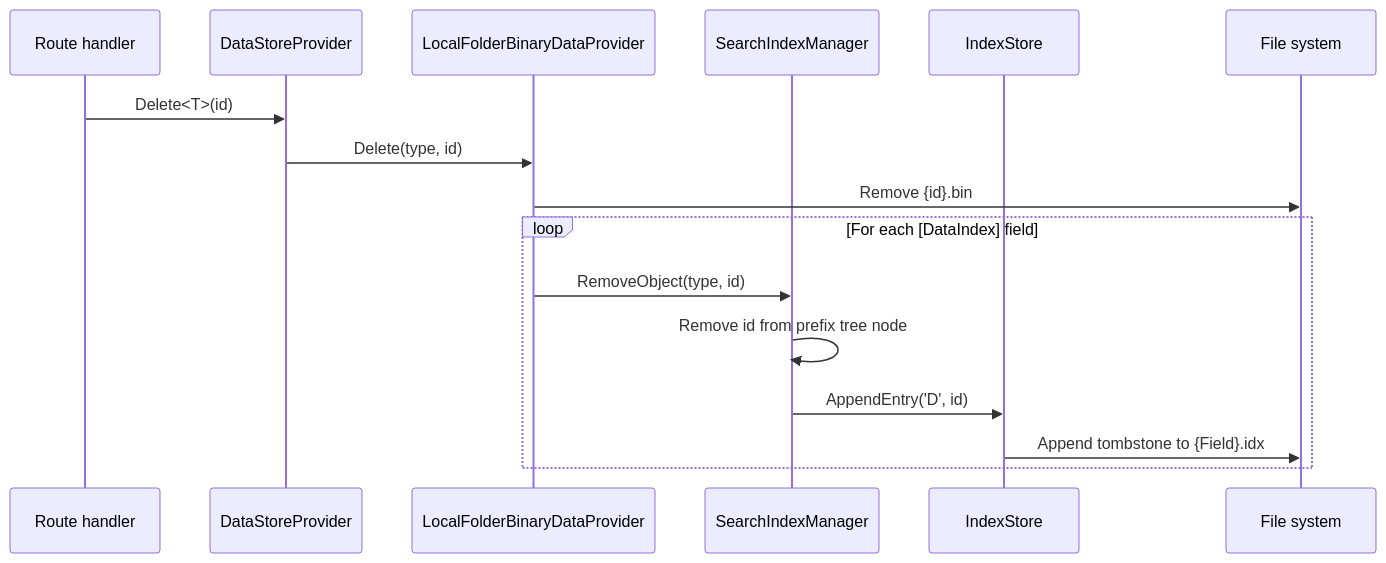
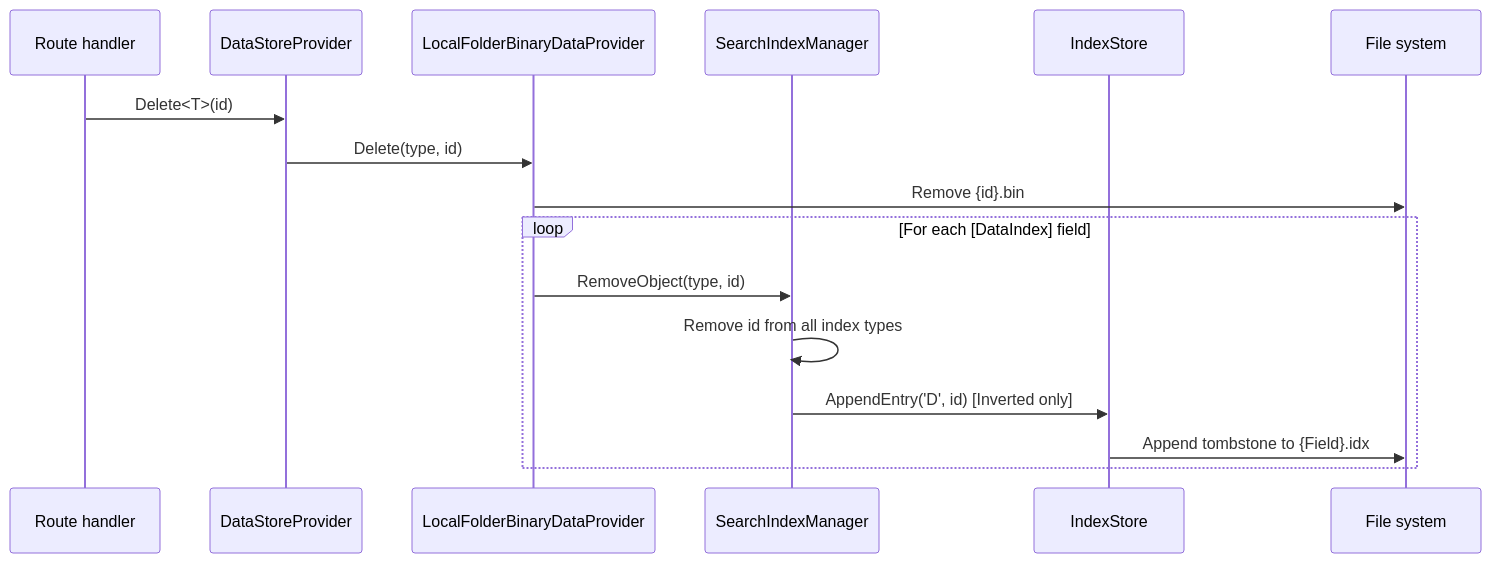
One commit to WillEastbury/BareMetalWeb changed the third of 5 diagrams in docs/architecture/indexing.md. Above: the diagram before and after it, drawn with Mermaid. The commit also changed other lines of this file and 6 other files, not shown here.

Commit message:
docs: comprehensive documentation run - handlers reference, vector index, graph/spatial indexes, architecture updates

````diff
--- a/docs/architecture/indexing.md
+++ b/docs/architecture/indexing.md
@@ -64,19 +87,19 @@
 ```mermaid
 sequenceDiagram
     participant RH as Route handler
     participant DS as DataStoreProvider
     participant LFB as LocalFolderBinaryDataProvider
     participant SIM as SearchIndexManager
     participant IS as IndexStore
     participant FS as File system
 
     RH->>DS: Delete<T>(id)
     DS->>LFB: Delete(type, id)
     LFB->>FS: Remove {id}.bin
     loop For each [DataIndex] field
         LFB->>SIM: RemoveObject(type, id)
-        SIM->>SIM: Remove id from prefix tree node
-        SIM->>IS: AppendEntry('D', id)
+        SIM->>SIM: Remove id from all index types
+        SIM->>IS: AppendEntry('D', id)  [Inverted only]
         IS->>FS: Append tombstone to {Field}.idx
     end
 ```
````
